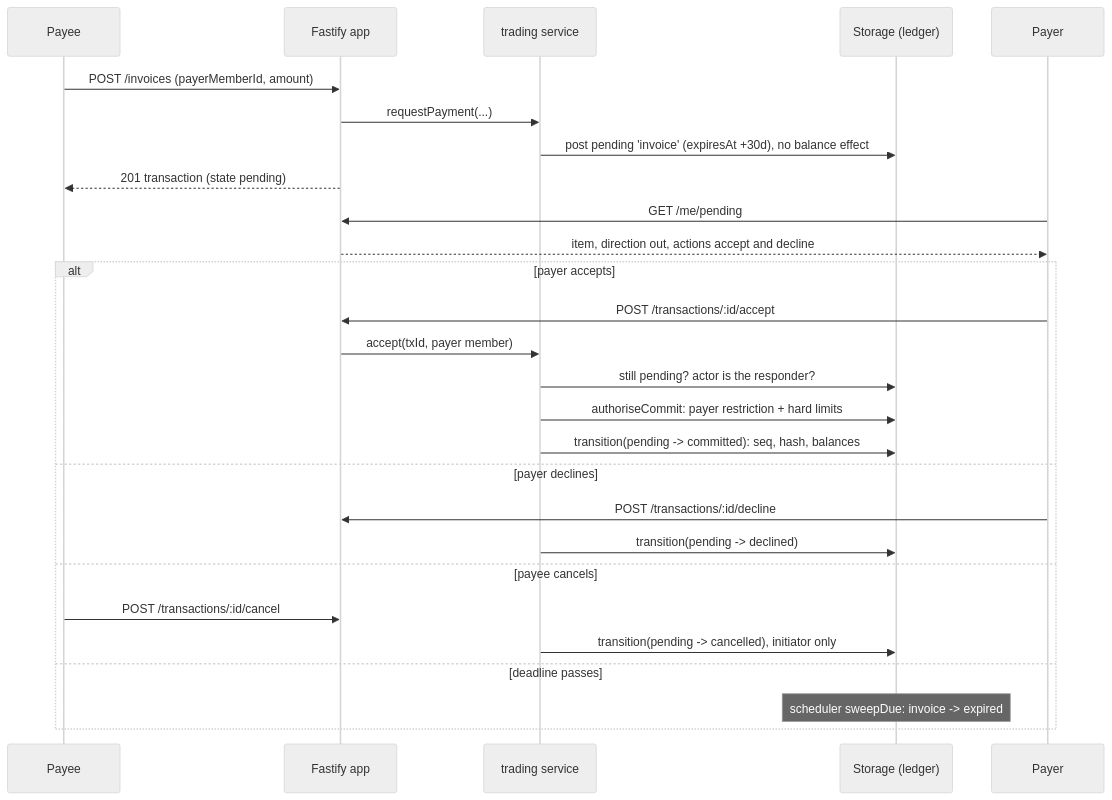
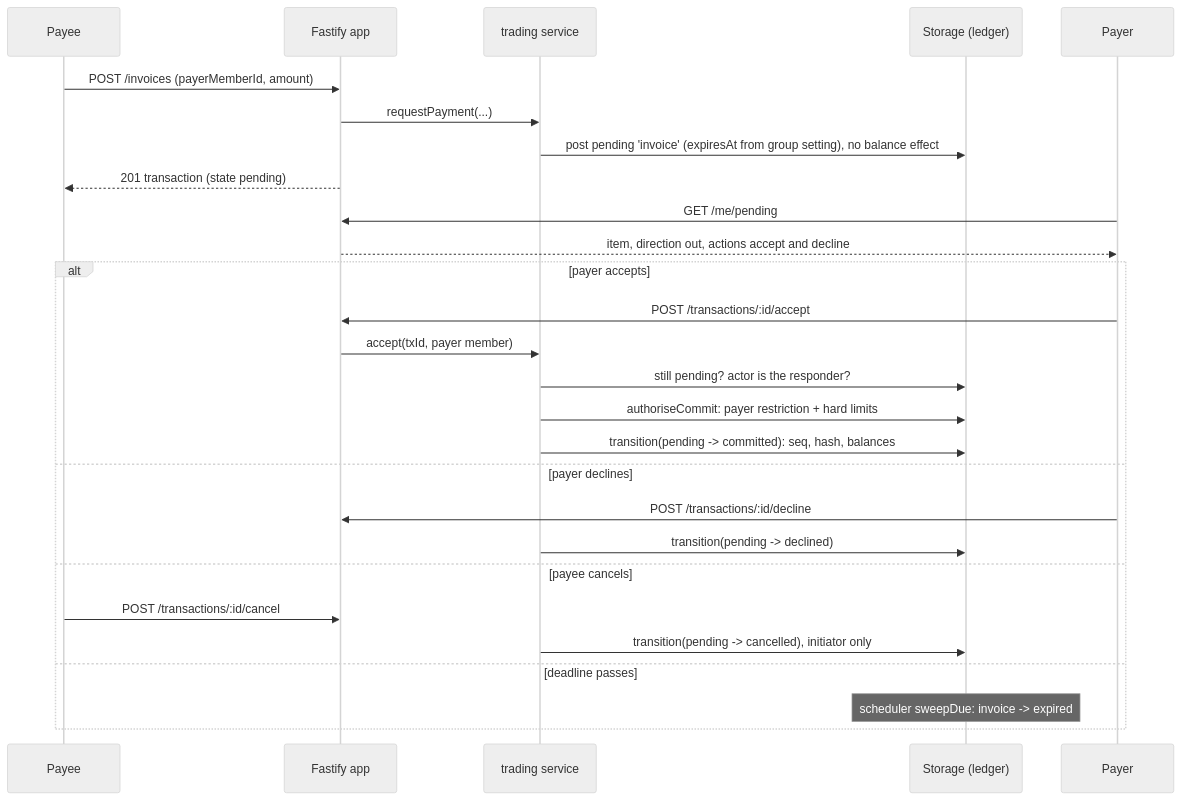
The fifth of 8 diagrams in server/architecture.md (sandtreader/silvio), drawn with Mermaid (neutral theme) before and after one commit. The commit also changed other lines of this file and 4 other files, not shown here.

First line of the commit message:
Maintainer bundle: CI test gate before publish, CLAUDE.md conventions, MAINTAINERS.md, architecture.md refresh

````diff
--- a/server/architecture.md
+++ b/server/architecture.md
@@ -165,30 +328,30 @@
 ```mermaid
 sequenceDiagram
   participant PE as Payee
   participant API as Fastify app
   participant TR as trading service
   participant S as Storage (ledger)
   participant PA as Payer
 
   PE->>API: POST /invoices (payerMemberId, amount)
   API->>TR: requestPayment(...)
-  TR->>S: post pending 'invoice' (expiresAt +30d), no balance effect
+  TR->>S: post pending 'invoice' (expiresAt from group setting), no balance effect
   API-->>PE: 201 transaction (state pending)
   PA->>API: GET /me/pending
   API-->>PA: item, direction out, actions accept and decline
   alt payer accepts
     PA->>API: POST /transactions/:id/accept
     API->>TR: accept(txId, payer member)
     TR->>S: still pending? actor is the responder?
     TR->>S: authoriseCommit: payer restriction + hard limits
     TR->>S: transition(pending -> committed): seq, hash, balances
   else payer declines
     PA->>API: POST /transactions/:id/decline
     TR->>S: transition(pending -> declined)
   else payee cancels
     PE->>API: POST /transactions/:id/cancel
     TR->>S: transition(pending -> cancelled), initiator only
   else deadline passes
     Note over S: scheduler sweepDue: invoice -> expired
   end
 ```
````
